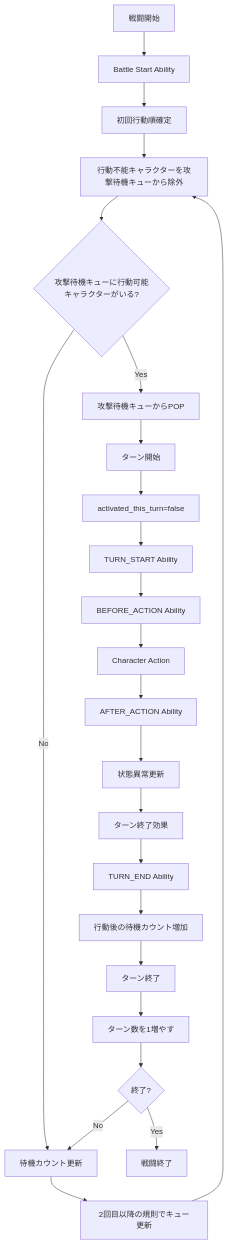
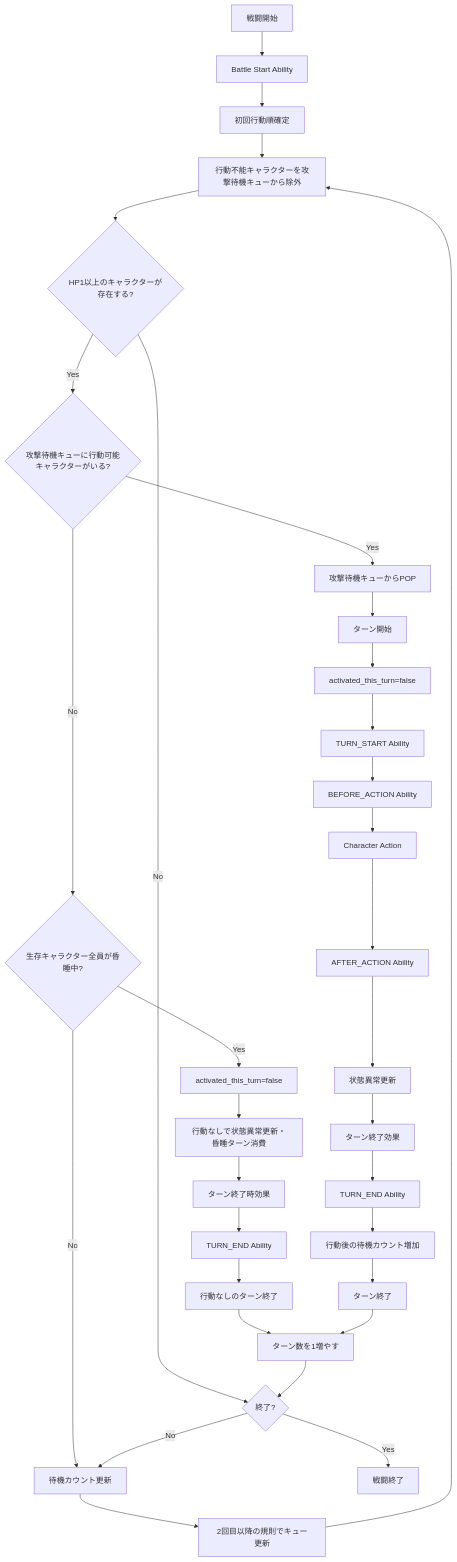
Before and after one commit to ReHydrangeaOdyssey/Specifications: the second of 2 diagrams in design/programming/game/battle_runtime.md, drawn with Mermaid. The commit also changed other lines of this file and 5 other files, not shown here.

````diff
--- a/design/programming/game/battle_runtime.md
+++ b/design/programming/game/battle_runtime.md
@@ -53,23 +53,32 @@
 ```mermaid
 flowchart TD
     Start[戦闘開始] --> BattleStartAbility[Battle Start Ability]
     BattleStartAbility --> Determine[初回行動順確定]
     Determine --> FilterQueue[行動不能キャラクターを攻撃待機キューから除外]
-    FilterQueue --> CheckQueue{攻撃待機キューに行動可能キャラクターがいる?}
-    CheckQueue -->|No| UpdateWaitCount[待機カウント更新]
+    FilterQueue --> CheckLiving{HP1以上のキャラクターが存在する?}
+    CheckLiving -->|No| Judge
+    CheckLiving -->|Yes| CheckQueue{攻撃待機キューに行動可能キャラクターがいる?}
+    CheckQueue -->|No| CheckAllComa{生存キャラクター全員が昏睡中?}
+    CheckAllComa -->|No| UpdateWaitCount[待機カウント更新]
+    CheckAllComa -->|Yes| ForcedReset[activated_this_turn=false]
+    ForcedReset --> ForcedStatus[行動なしで状態異常更新・昏睡ターン消費]
+    ForcedStatus --> ForcedTurnEndEffect[ターン終了時効果]
+    ForcedTurnEndEffect --> ForcedEndAbility[TURN_END Ability]
+    ForcedEndAbility --> ForcedTurnEnd[行動なしのターン終了]
+    ForcedTurnEnd --> IncrementTurn
     UpdateWaitCount --> RefillQueue[2回目以降の規則でキュー更新] --> FilterQueue
     CheckQueue -->|Yes| PopQueue[攻撃待機キューからPOP] --> TurnStart[ターン開始]
     TurnStart --> ResetAbility[activated_this_turn=false]
     ResetAbility --> TurnStartAbility[TURN_START Ability]
     TurnStartAbility --> Before[BEFORE_ACTION Ability]
     Before --> Action[Character Action]
     Action --> After[AFTER_ACTION Ability]
     After --> Status[状態異常更新]
     Status --> TurnEndEffect[ターン終了効果]
     TurnEndEffect --> EndAbility[TURN_END Ability]
     EndAbility --> Wait[行動後の待機カウント増加]
     Wait --> TurnEnd[ターン終了] --> IncrementTurn[ターン数を1増やす]
     IncrementTurn --> Judge{終了?}
     Judge -->|No| UpdateWaitCount
     Judge -->|Yes| End[戦闘終了]
 ```
````
